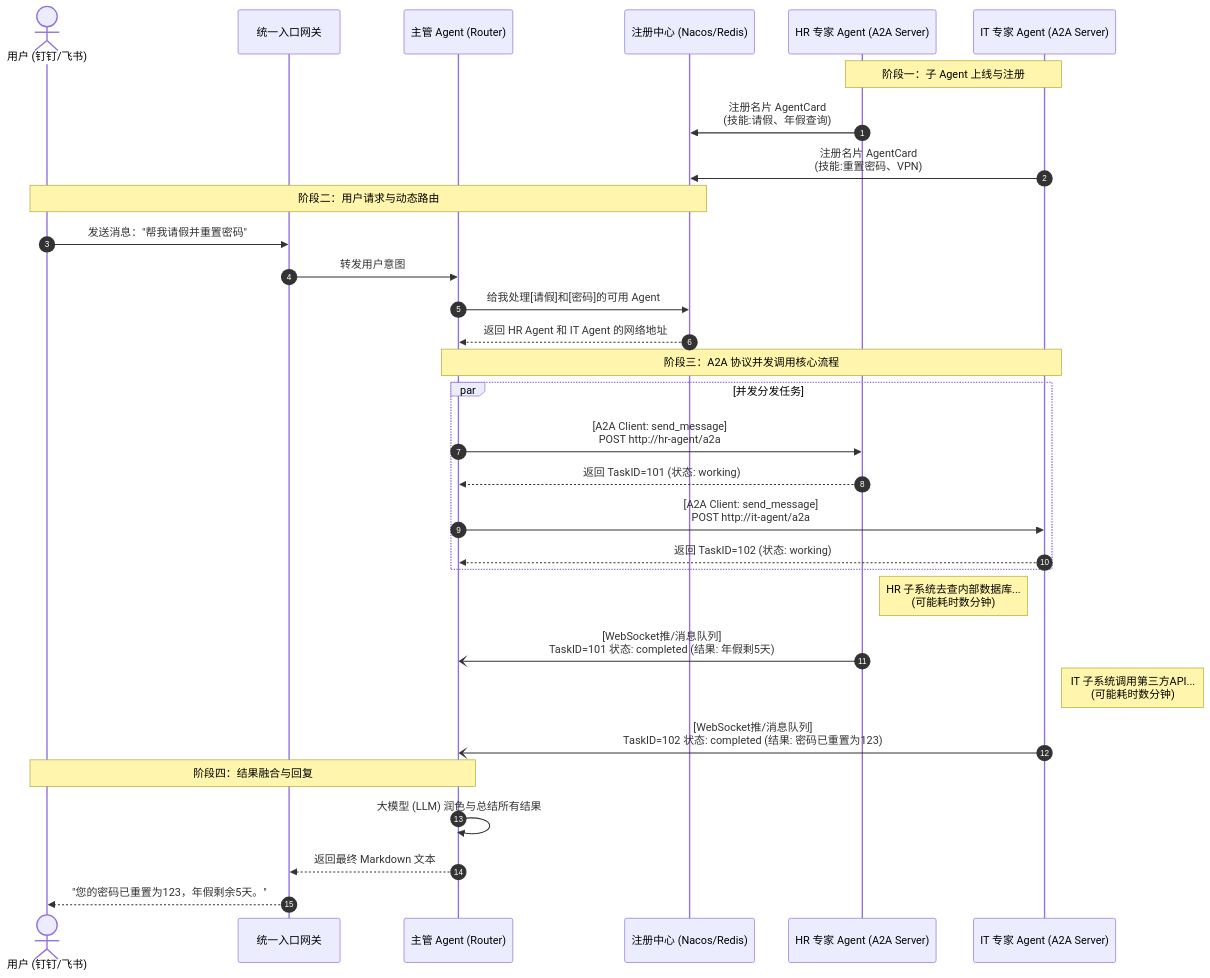
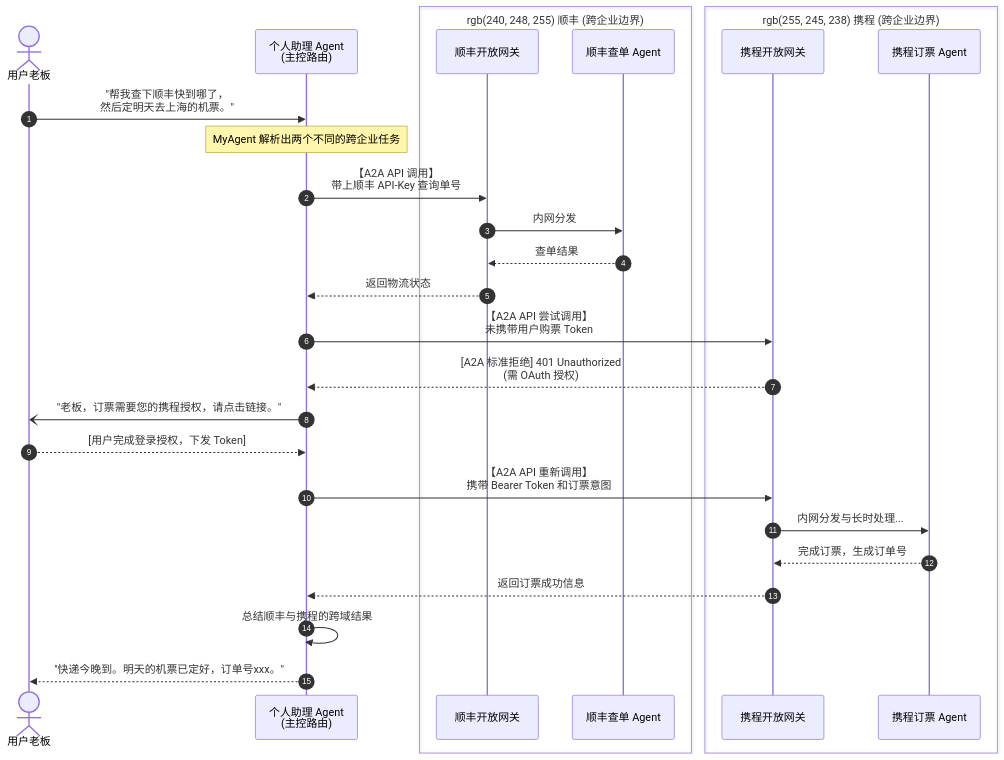
The diagram in all/未命名-13.md (yingjianzh/iodraw-files), drawn with Mermaid before and after one commit.

Commit message:
2026-03-06 14:46:04 update

````diff
--- a/all/未命名-13.md
+++ b/all/未命名-13.md
@@ -1,48 +1,44 @@
 ```mermaid
 sequenceDiagram
     autonumber
     
-    actor User as 用户 (钉钉/飞书)
-    participant Gateway as 统一入口网关
-    participant Router as 主管 Agent (Router)
-    participant Registry as 注册中心 (Nacos/Redis)
-    participant HR as HR 专家 Agent (A2A Server)
-    participant IT as IT 专家 Agent (A2A Server)
-
-    %% 阶段一：服务注册
-    note over HR, IT: 阶段一：子 Agent 上线与注册
-    HR ->> Registry: 注册名片 AgentCard <br/> (技能:请假、年假查询)
-    IT ->> Registry: 注册名片 AgentCard <br/> (技能:重置密码、VPN)
+    actor User as 用户老板
+    participant MyAgent as 个人助理 Agent<br/>(主控路由)
     
-    %% 阶段二：用户请求与路由发现
-    note over User, Registry: 阶段二：用户请求与动态路由
-    User ->> Gateway: 发送消息："帮我请假并重置密码"
-    Gateway ->> Router: 转发用户意图
-    
-    Router ->> Registry: 给我处理[请假]和[密码]的可用 Agent
-    Registry -->> Router: 返回 HR Agent 和 IT Agent 的网络地址
-    
-    %% 阶段三：A2A 协议交互 (基于 JSON-RPC 和长耗时任务)
-    note over Router, IT: 阶段三：A2A 协议并发调用核心流程
-    par 并发分发任务
-        Router ->> HR: [A2A Client: send_message]<br/>POST http://hr-agent/a2a 
-        HR -->> Router: 返回 TaskID=101 (状态: working)
-        
-        Router ->> IT: [A2A Client: send_message]<br/>POST http://it-agent/a2a
-        IT -->> Router: 返回 TaskID=102 (状态: working)
+    box rgb(240, 248, 255) 顺丰 (跨企业边界)
+        participant SF_Gateway as 顺丰开放网关
+        participant SF_Agent as 顺丰查单 Agent
     end
     
-    %% 长耗时任务回调机制 (A2A 解决的痛点)
-    note right of HR: HR 子系统去查内部数据库...<br/>(可能耗时数分钟)
-    HR -) Router: [WebSocket推/消息队列]<br/>TaskID=101 状态: completed (结果: 年假剩5天)
+    box rgb(255, 245, 238) 携程 (跨企业边界)
+        participant Ctrip_Gateway as 携程开放网关
+        participant Ctrip_Agent as 携程订票 Agent
+    end
+
+    %% 意图识别与跨域发现
+    User ->> MyAgent: "帮我查下顺丰快到哪了，<br/>然后定明天去上海的机票。"
+    note over MyAgent: MyAgent 解析出两个不同的跨企业任务
     
-    note right of IT: IT 子系统调用第三方API...<br/>(可能耗时数分钟)
-    IT -) Router: [WebSocket推/消息队列]<br/>TaskID=102 状态: completed (结果: 密码已重置为123)
+    %% 跨域调用A：基于 API-Key 的简单服务
+    MyAgent ->> SF_Gateway: 【A2A API 调用】<br/>带上顺丰 API-Key 查询单号
+    SF_Gateway ->> SF_Agent: 内网分发
+    SF_Agent -->> SF_Gateway: 查单结果
+    SF_Gateway -->> MyAgent: 返回物流状态
     
-    %% 阶段四：汇总回复
-    note over User, Router: 阶段四：结果融合与回复
-    Router ->> Router: 大模型 (LLM) 润色与总结所有结果
-    Router -->> Gateway: 返回最终 Markdown 文本
-    Gateway -->> User: "您的密码已重置为123，年假剩余5天。"
+    %% 跨域调用B：需要用户深度授权的服务 (Oauth 2.0)
+    MyAgent ->> Ctrip_Gateway: 【A2A API 尝试调用】<br/>未携带用户购票 Token
+    Ctrip_Gateway -->> MyAgent: [A2A 标准拒绝] 401 Unauthorized <br/> (需 OAuth 授权)
+    
+    MyAgent -) User: "老板，订票需要您的携程授权，请点击链接。"
+    User -->> MyAgent: [用户完成登录授权，下发 Token]
+    
+    MyAgent ->> Ctrip_Gateway: 【A2A API 重新调用】<br/>携带 Bearer Token 和订票意图
+    Ctrip_Gateway ->> Ctrip_Agent: 内网分发与长时处理...
+    Ctrip_Agent -->> Ctrip_Gateway: 完成订票，生成订单号
+    Ctrip_Gateway -->> MyAgent: 返回订票成功信息
+    
+    %% 最终整合
+    MyAgent ->> MyAgent: 总结顺丰与携程的跨域结果
+    MyAgent -->> User: "快递今晚到。明天的机票已定好，订单号xxx。"
 
 ```
````
